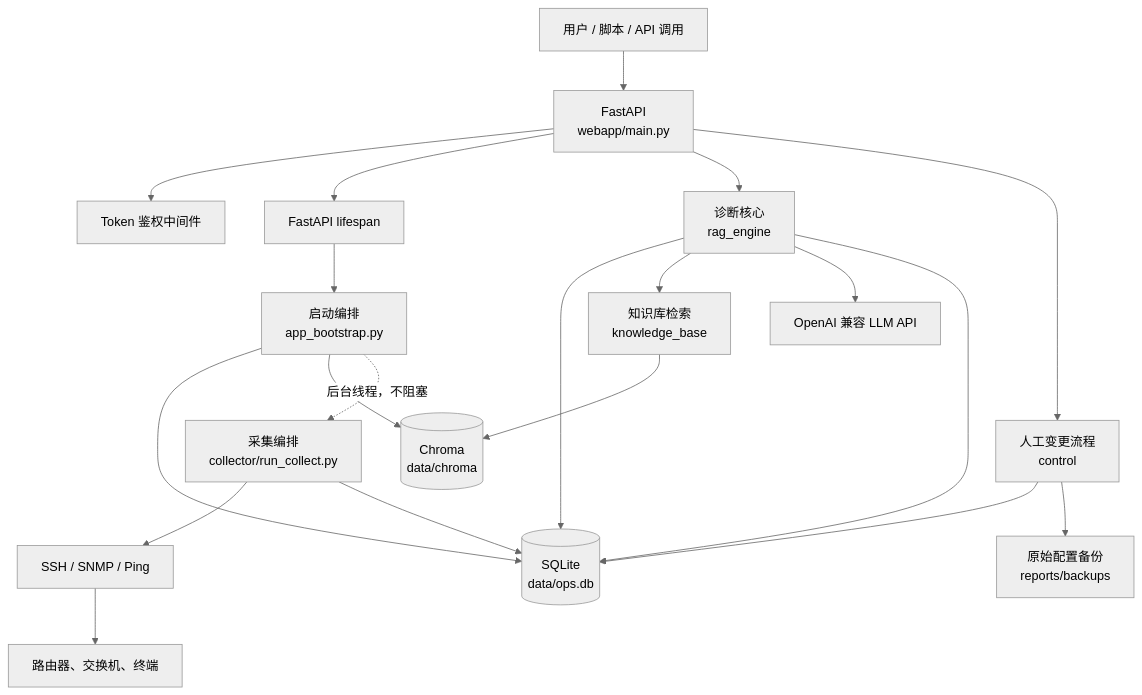
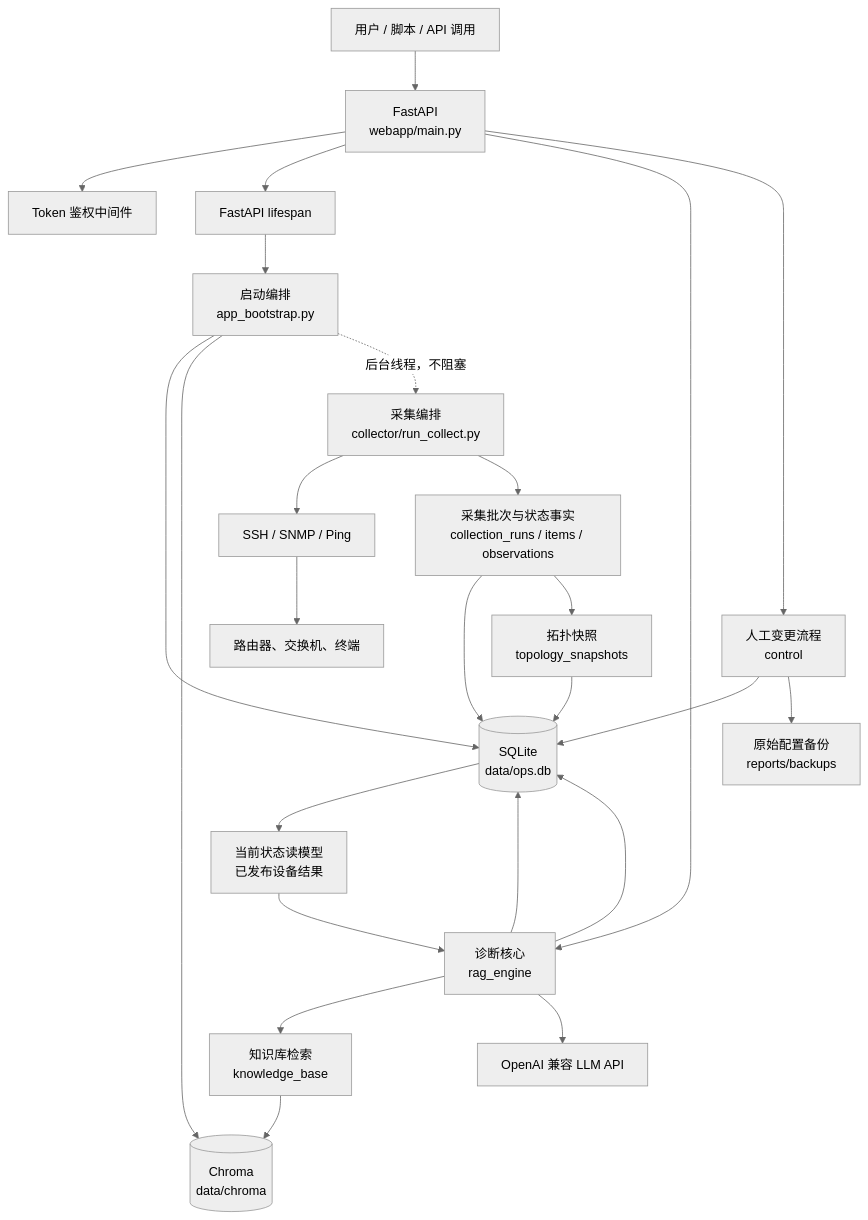
Before and after one commit to A1PHAalpha/-project6: the first of 7 diagrams in README.md, drawn with Mermaid (neutral theme). The commit also changed other lines of this file and 23 other files, not shown here.

````diff
--- a/README.md
+++ b/README.md
@@ -196,25 +217,30 @@
 ```mermaid
 graph TB
     U["用户 / 脚本 / API 调用"] --> W["FastAPI<br/>webapp/main.py"]
     W --> A["Token 鉴权中间件"]
     W --> L["FastAPI lifespan"]
     L --> B["启动编排<br/>app_bootstrap.py"]
 
     B --> DB[("SQLite<br/>data/ops.db")]
     B --> V[("Chroma<br/>data/chroma")]
     B -. "后台线程，不阻塞" .-> C["采集编排<br/>collector/run_collect.py"]
     C --> NET["SSH / SNMP / Ping"]
     NET --> DEV["路由器、交换机、终端"]
-    C --> DB
+    C --> R1["采集批次与状态事实<br/>collection_runs / items / observations"]
+    R1 --> DB
+    R1 --> TOPO["拓扑快照<br/>topology_snapshots"]
+    TOPO --> DB
 
     W --> R["诊断核心<br/>rag_engine"]
     R --> DB
+    DB --> CS["当前状态读模型<br/>已发布设备结果"]
+    CS --> R
     R --> K["知识库检索<br/>knowledge_base"]
     K --> V
     R --> LLM["OpenAI 兼容 LLM API"]
     R --> DB
 
     W --> O["人工变更流程<br/>control"]
     O --> DB
     O --> F["原始配置备份<br/>reports/backups"]
 ```
````
